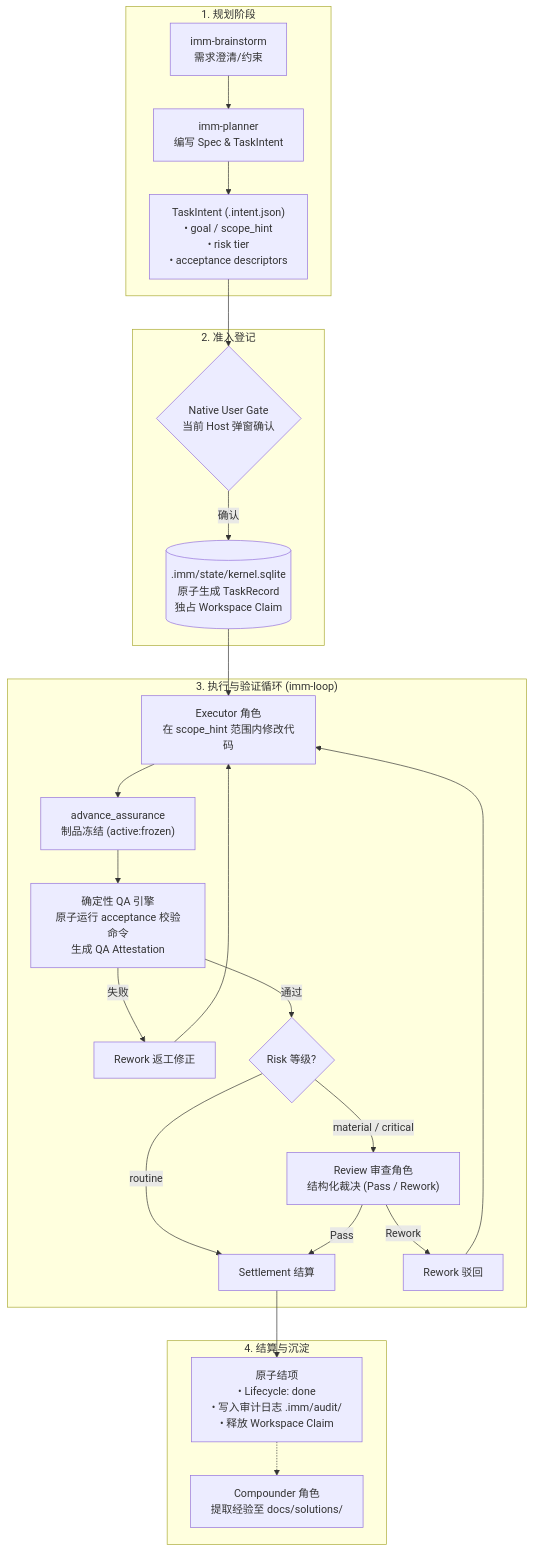
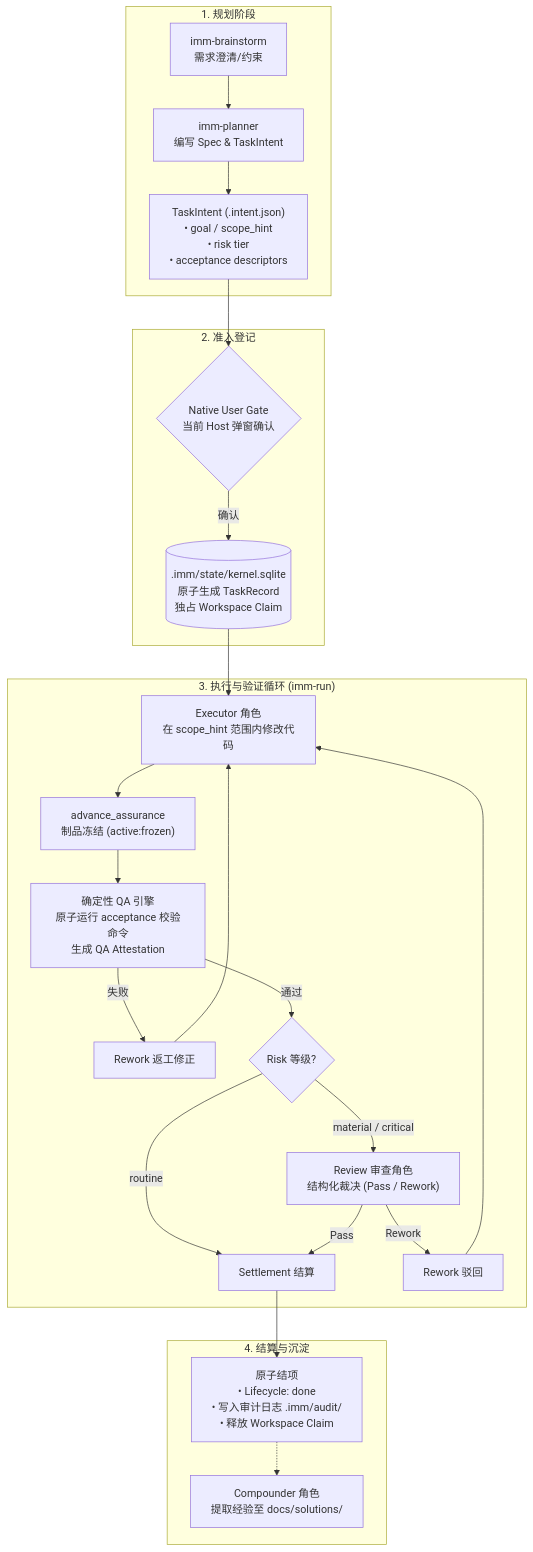
One commit to dereknex/immune-brain changed the diagram in README.zh-CN.md. Above: the diagram before and after it, drawn with Mermaid. The commit also changed other lines of this file and 83 other files, not shown here.

````diff
--- a/README.zh-CN.md
+++ b/README.zh-CN.md
@@ -347,34 +347,34 @@
 ```mermaid
 flowchart TD
     subgraph Planning ["1. 规划阶段"]
         B["imm-brainstorm<br/>需求澄清/约束"] --> P["imm-planner<br/>编写 Spec & TaskIntent"]
         P --> TI["TaskIntent (.intent.json)<br/>• goal / scope_hint<br/>• risk tier<br/>• acceptance descriptors"]
     end
 
     subgraph Enrollment ["2. 准入登记"]
         TI --> EG{"Native User Gate<br/>当前 Host 弹窗确认"}
         EG -->|确认| KS[(".imm/state/kernel.sqlite<br/>原子生成 TaskRecord<br/>独占 Workspace Claim")]
     end
 
-    subgraph Loop ["3. 执行与验证循环 (imm-loop)"]
+    subgraph Loop ["3. 执行与验证循环 (imm-run)"]
         KS --> EX["Executor 角色<br/>在 scope_hint 范围内修改代码"]
         EX --> FRZ["advance_assurance<br/>制品冻结 (active:frozen)"]
         FRZ --> QA["确定性 QA 引擎<br/>原子运行 acceptance 校验命令<br/>生成 QA Attestation"]
         
         QA -->|失败| RW1["Rework 返工修正"]
         RW1 --> EX
         
         QA -->|通过| RK{"Risk 等级?"}
         RK -->|routine| ST["Settlement 结算"]
         RK -->|material / critical| RV["Review 审查角色<br/>结构化裁决 (Pass / Rework)"]
         
         RV -->|Rework| RW2["Rework 驳回"]
         RW2 --> EX
         RV -->|Pass| ST
     end
 
     subgraph Settlement ["4. 结算与沉淀"]
         ST --> CLS["原子结项<br/>• Lifecycle: done<br/>• 写入审计日志 .imm/audit/<br/>• 释放 Workspace Claim"]
         CLS -.-> CP["Compounder 角色<br/>提取经验至 docs/solutions/"]
     end
 ```
````
